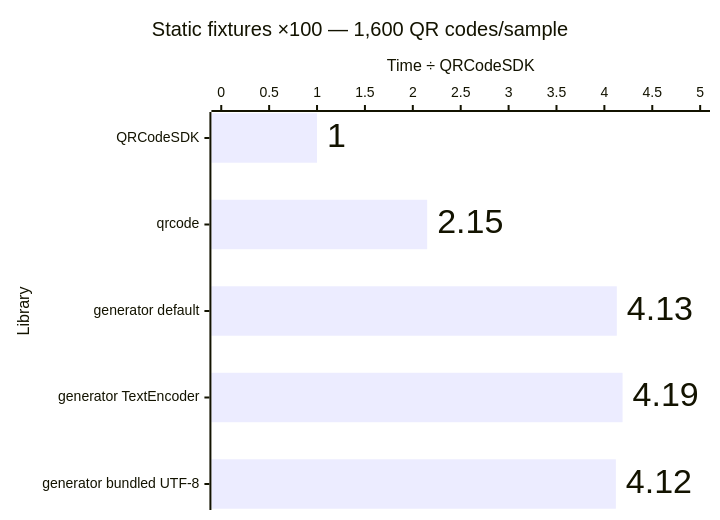
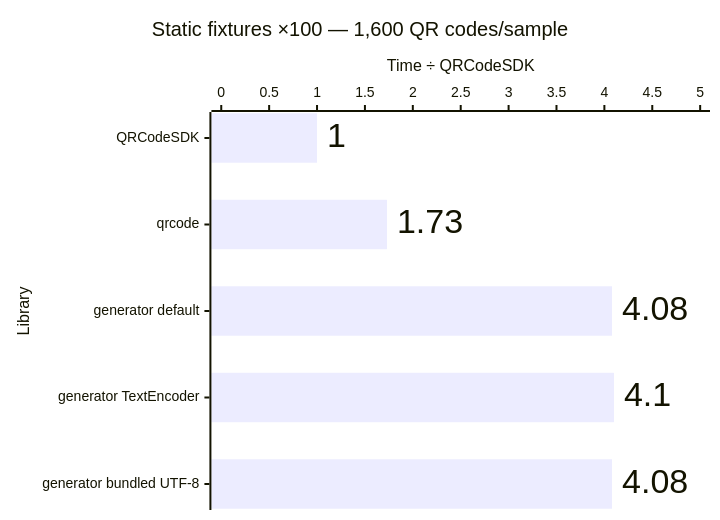
One commit to Dafnik/qrcodesdk changed the fourth of 12 diagrams in apps/docs/src/content/docs/advanced/performance.md. Above: the diagram before and after it, drawn with Mermaid. The commit also changed other lines of this file and 12 other files, not shown here.

````diff
--- a/apps/docs/src/content/docs/advanced/performance.md
+++ b/apps/docs/src/content/docs/advanced/performance.md
@@ -73,15 +73,15 @@
 ```mermaid
 ---
 config:
   xyChart:
     showDataLabel: true
     showDataLabelOutsideBar: true
 ---
 xychart horizontal
   accTitle: Matrix generation: Static fixtures ×100 — 1,600 QR codes/sample
-  accDescr: Relative median time compared with QRCodeSDK. QRCodeSDK 1.00 times, qrcode 2.15 times, generator default 4.13 times, generator TextEncoder 4.19 times, generator bundled UTF-8 4.12 times. Lower is better.
+  accDescr: Relative median time compared with QRCodeSDK. QRCodeSDK 1.00 times, qrcode 1.73 times, generator default 4.08 times, generator TextEncoder 4.10 times, generator bundled UTF-8 4.08 times. Lower is better.
   title "Static fixtures ×100 — 1,600 QR codes/sample"
   x-axis "Library" ["QRCodeSDK", "qrcode", "generator default", "generator TextEncoder", "generator bundled UTF-8"]
   y-axis "Time ÷ QRCodeSDK" 0 --> 5.0
-  bar [1.00, 2.15, 4.13, 4.19, 4.12]
+  bar [1.00, 1.73, 4.08, 4.10, 4.08]
 ```
````
